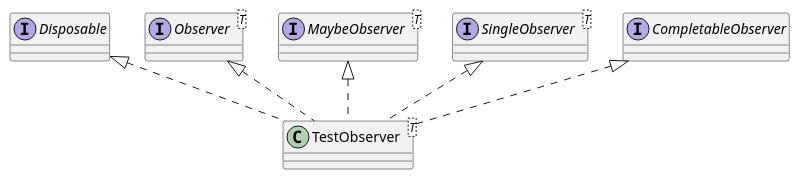
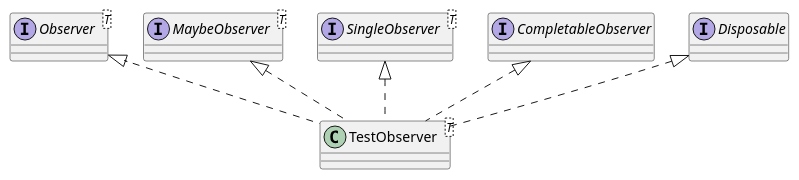
Before and after one commit to suribada/RxJavaBook: the diagram in doc/TestObserver.puml, drawn with PlantUML. The commit also changed 2 other files, not shown here.

Commit message:
TestObserver 테스트

```diff
--- a/doc/TestObserver.puml
+++ b/doc/TestObserver.puml
@@ -1,17 +1,18 @@
 @startuml
 
-interface Disposable
 interface Observer<T>
 interface MaybeObserver<T>
 interface SingleObserver<T>
 interface CompletableObserver
+interface Disposable
 
 class TestObserver<T>
 
-Disposable <|.. TestObserver
 Observer <|.. TestObserver
 MaybeObserver <|.. TestObserver
 SingleObserver <|.. TestObserver
 CompletableObserver <|.. TestObserver
+Disposable <|.. TestObserver
+
 
 @enduml
```
